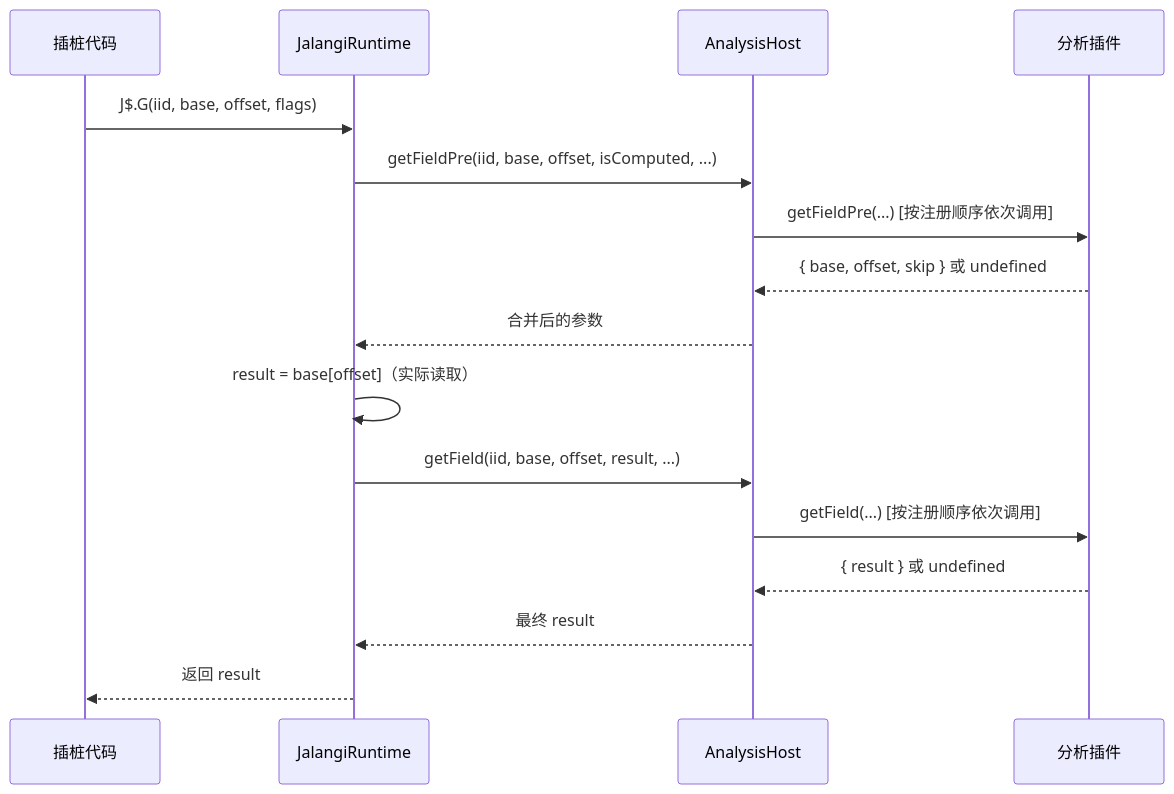
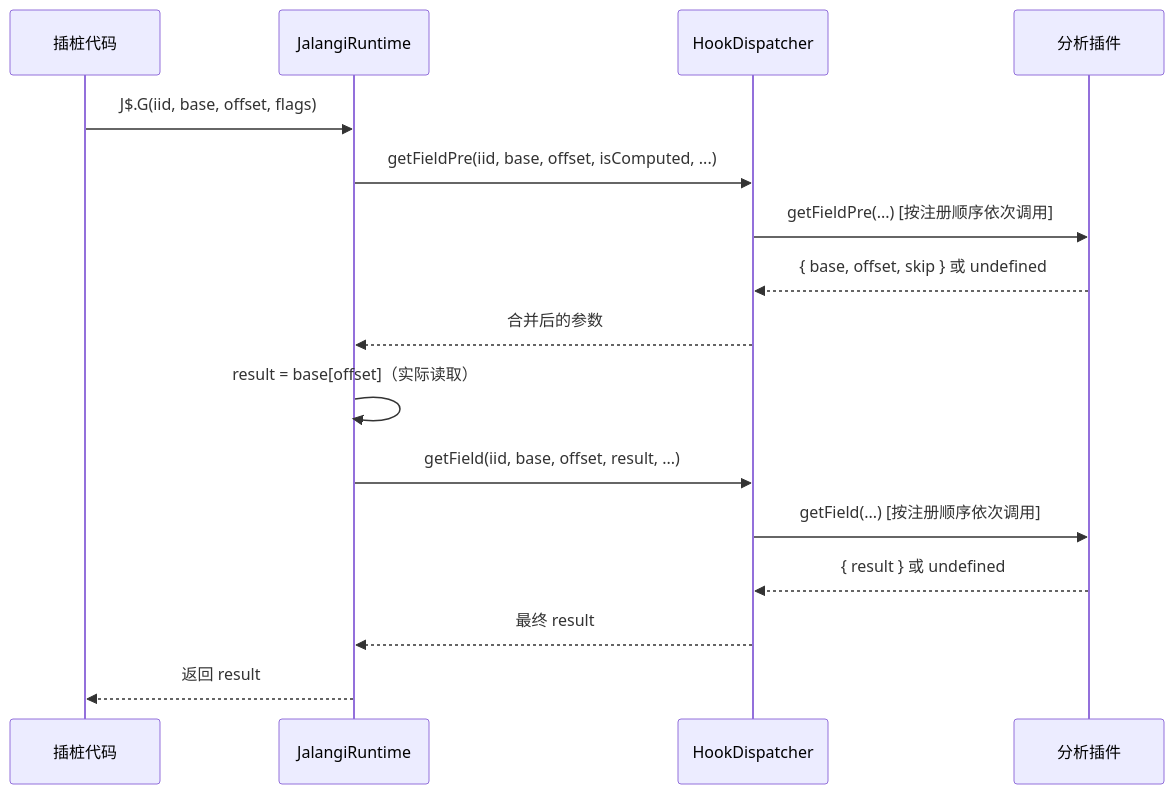
The second of 6 diagrams in docs/Runtime-System.md (fuckreverse/Jani), drawn with Mermaid before and after one commit. The commit also changed other lines of this file and 13 other files, not shown here.

First line of the commit message:
refactor: 将 AnalysisHost 重命名为 HookDispatcher 并替换相关引用

````diff
--- a/docs/Runtime-System.md
+++ b/docs/Runtime-System.md
@@ -184,19 +184,19 @@
 ```mermaid
 sequenceDiagram
     participant Code as 插桩代码
     participant RT as JalangiRuntime
-    participant Host as AnalysisHost
+    participant Host as HookDispatcher
     participant Plugin as 分析插件
 
     Code->>RT: J$.G(iid, base, offset, flags)
     RT->>Host: getFieldPre(iid, base, offset, isComputed, ...)
     Host->>Plugin: getFieldPre(...) [按注册顺序依次调用]
     Plugin-->>Host: { base, offset, skip } 或 undefined
     Host-->>RT: 合并后的参数
     RT->>RT: result = base[offset]（实际读取）
     RT->>Host: getField(iid, base, offset, result, ...)
     Host->>Plugin: getField(...) [按注册顺序依次调用]
     Plugin-->>Host: { result } 或 undefined
     Host-->>RT: 最终 result
     RT-->>Code: 返回 result
 ```
````
